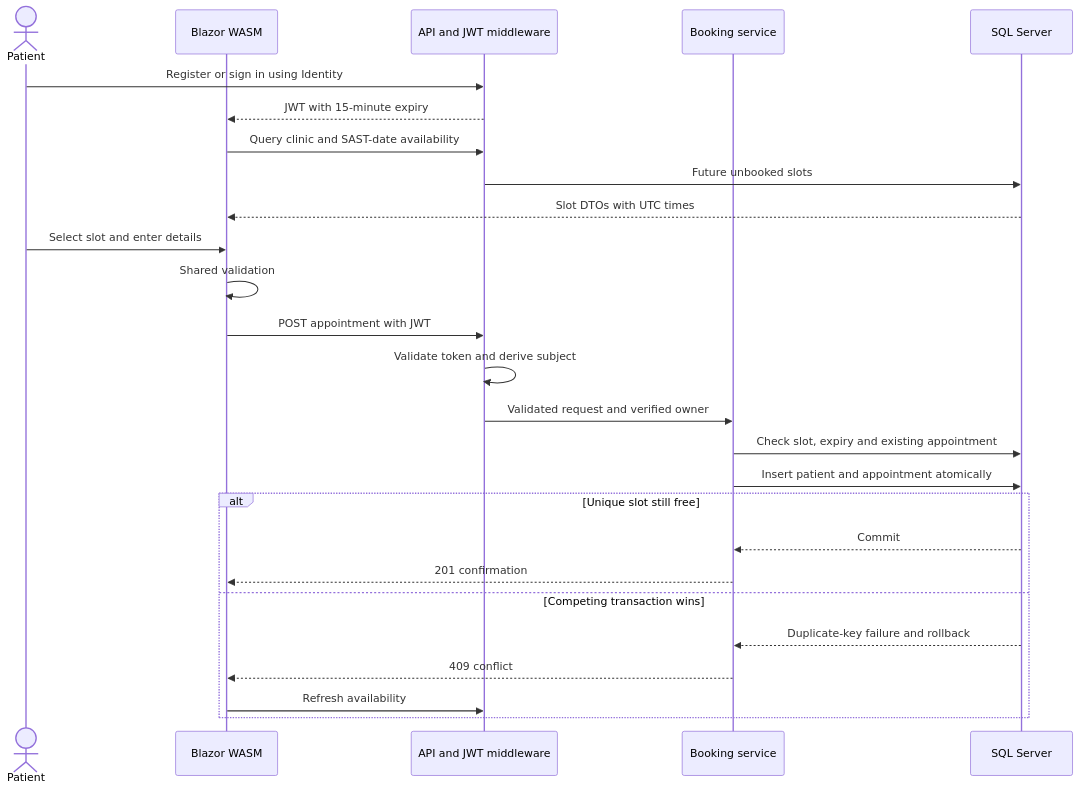
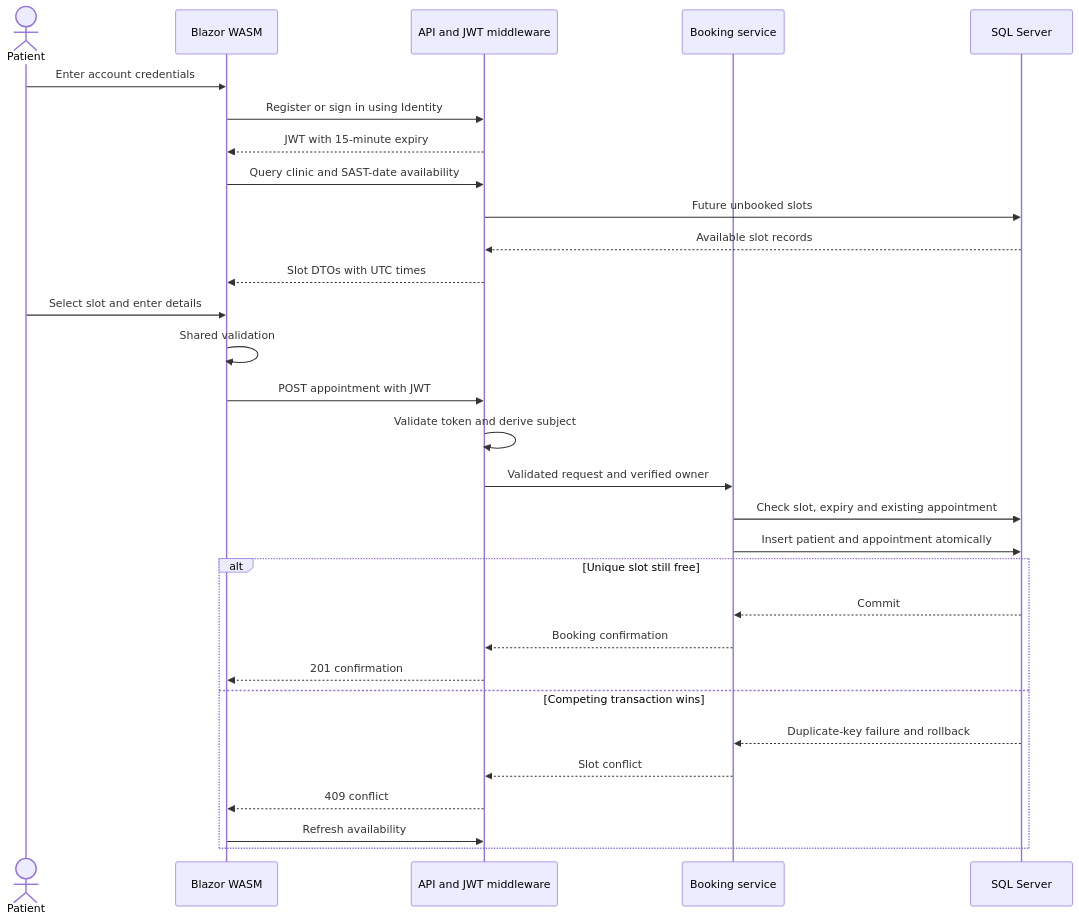
Before and after one commit to mabuselamelboure-arch/PHCIS-Clinic-Booking-System: the third of 3 diagrams in docs/Design.md, drawn with Mermaid. The commit also changed 7 other files, not shown here.

````diff
--- a/docs/Design.md
+++ b/docs/Design.md
@@ -66,28 +66,32 @@
 ```mermaid
 sequenceDiagram
     actor Patient
     participant UI as Blazor WASM
     participant API as API and JWT middleware
     participant Service as Booking service
     participant DB as SQL Server
-    Patient->>API: Register or sign in using Identity
+    Patient->>UI: Enter account credentials
+    UI->>API: Register or sign in using Identity
     API-->>UI: JWT with 15-minute expiry
     UI->>API: Query clinic and SAST-date availability
     API->>DB: Future unbooked slots
-    DB-->>UI: Slot DTOs with UTC times
+    DB-->>API: Available slot records
+    API-->>UI: Slot DTOs with UTC times
     Patient->>UI: Select slot and enter details
     UI->>UI: Shared validation
     UI->>API: POST appointment with JWT
     API->>API: Validate token and derive subject
     API->>Service: Validated request and verified owner
     Service->>DB: Check slot, expiry and existing appointment
     Service->>DB: Insert patient and appointment atomically
     alt Unique slot still free
         DB-->>Service: Commit
-        Service-->>UI: 201 confirmation
+        Service-->>API: Booking confirmation
+        API-->>UI: 201 confirmation
     else Competing transaction wins
         DB-->>Service: Duplicate-key failure and rollback
-        Service-->>UI: 409 conflict
+        Service-->>API: Slot conflict
+        API-->>UI: 409 conflict
         UI->>API: Refresh availability
     end
 ```
````
